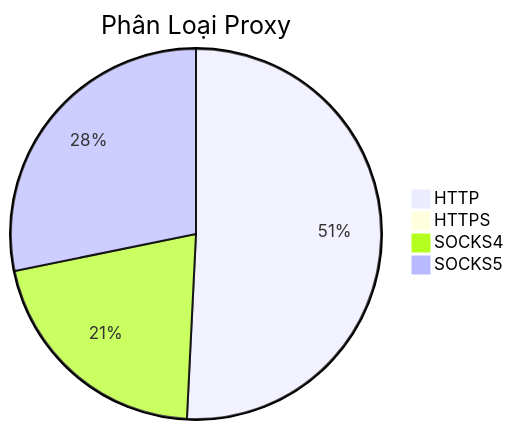
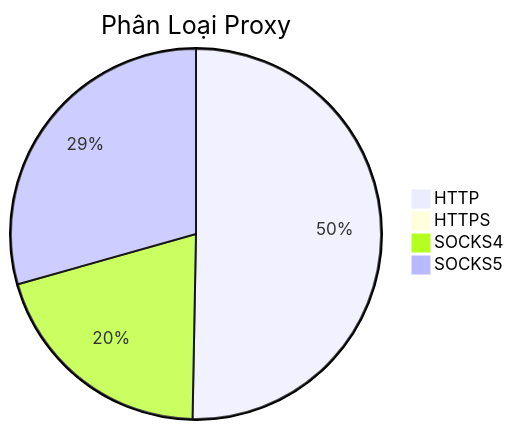
One commit to Ciara-12/PROXY-free changed the diagram in README.md. Above: the diagram before and after it, drawn with Mermaid. The commit also changed other lines of this file and 4 other files, not shown here.

````diff
--- a/README.md
+++ b/README.md
@@ -26,7 +26,7 @@
 ```mermaid
 pie title Phân Loại Proxy
-    "HTTP" : 650
-    "HTTPS" : 5
-    "SOCKS4" : 269
-    "SOCKS5" : 361
+    "HTTP" : 594
+    "HTTPS" : 3
+    "SOCKS4" : 240
+    "SOCKS5" : 347
 ```
````
